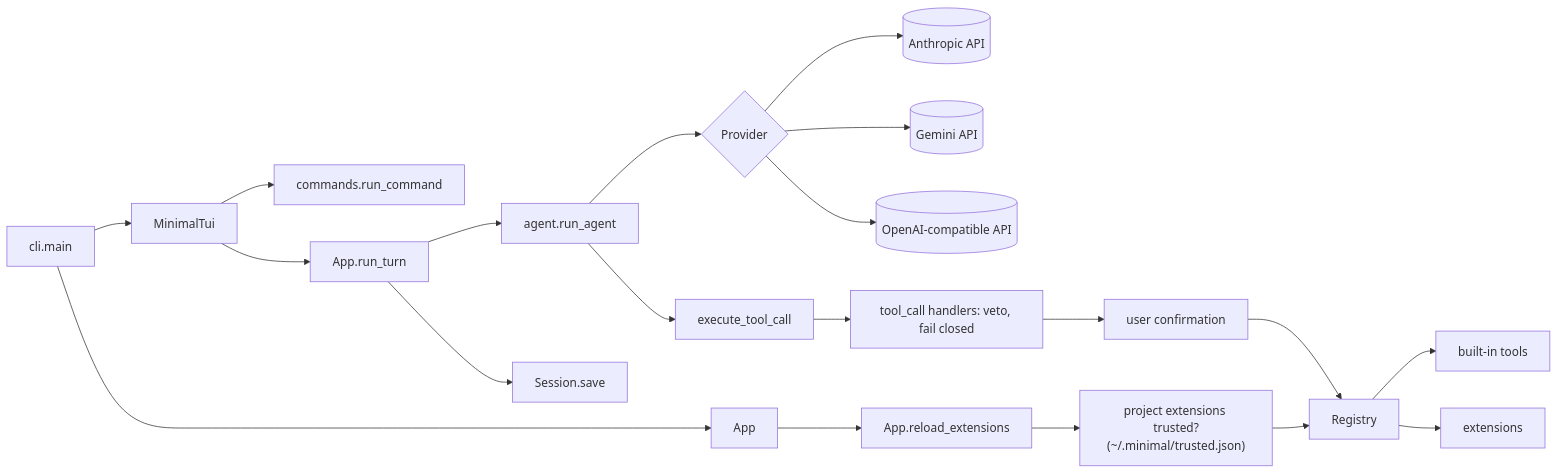
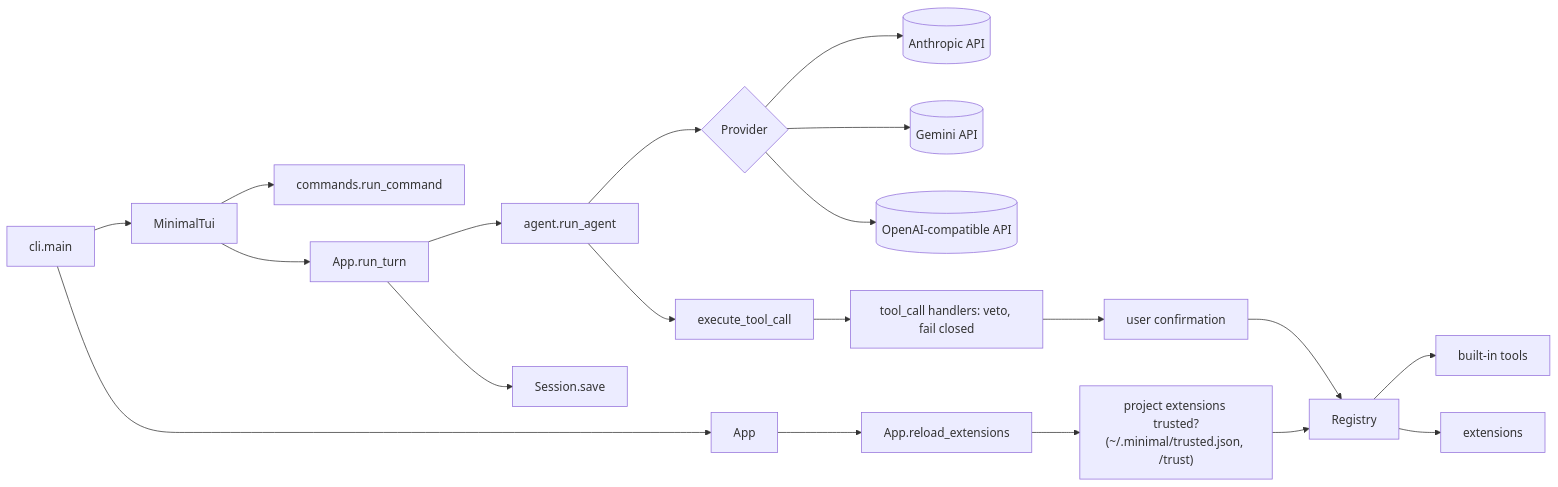
The diagram in README.md (RafaSG13/Minimal), drawn with Mermaid before and after one commit. The commit also changed other lines of this file and 11 other files, not shown here.

````diff
--- a/README.md
+++ b/README.md
@@ -215,16 +216,16 @@
 ```mermaid
 flowchart LR
   cli[cli.main] --> app[App]
   cli --> tui[MinimalTui] --> commands[commands.run_command]
   tui --> turn[App.run_turn]
   turn --> agent[agent.run_agent]
   agent --> provider{Provider}
   provider --> anthropic[(Anthropic API)]
   provider --> gemini[(Gemini API)]
   provider --> openai[(OpenAI-compatible API)]
   agent --> exec[execute_tool_call] --> guard["tool_call handlers: veto, fail closed"] --> confirm[user confirmation] --> registry[Registry]
   registry --> tools[built-in tools]
   registry --> ext[extensions]
-  app --> reload[App.reload_extensions] --> trust["project extensions trusted?<br/>(~/.minimal/trusted.json)"] --> registry
+  app --> reload[App.reload_extensions] --> trust["project extensions trusted?<br/>(~/.minimal/trusted.json, /trust)"] --> registry
   turn --> session[Session.save]
 ```
````
